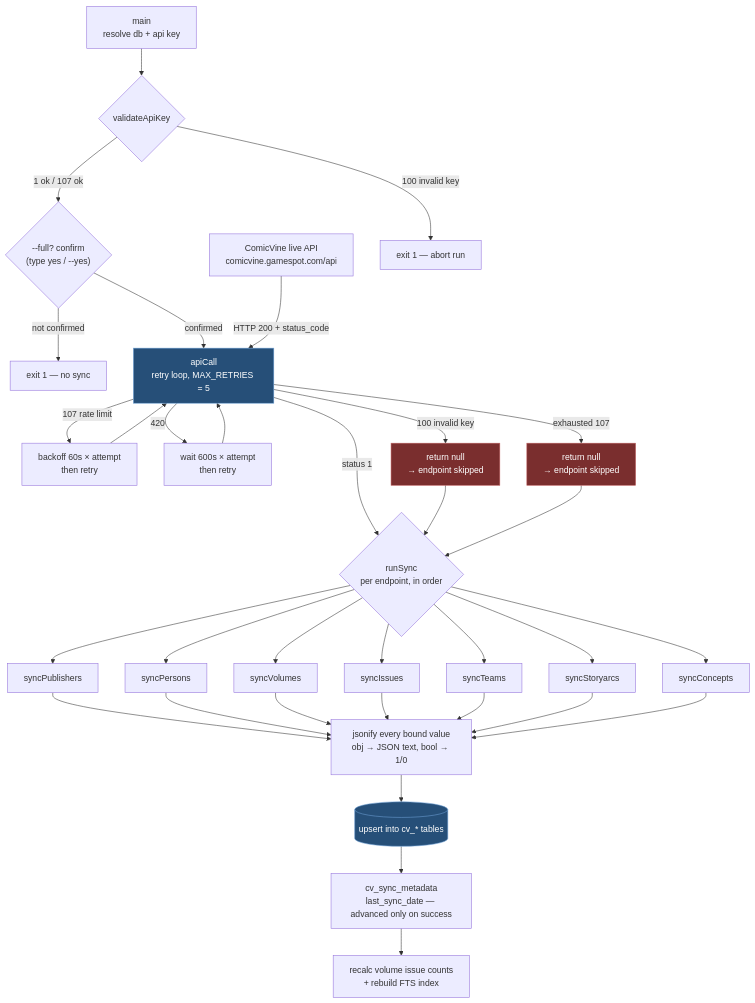
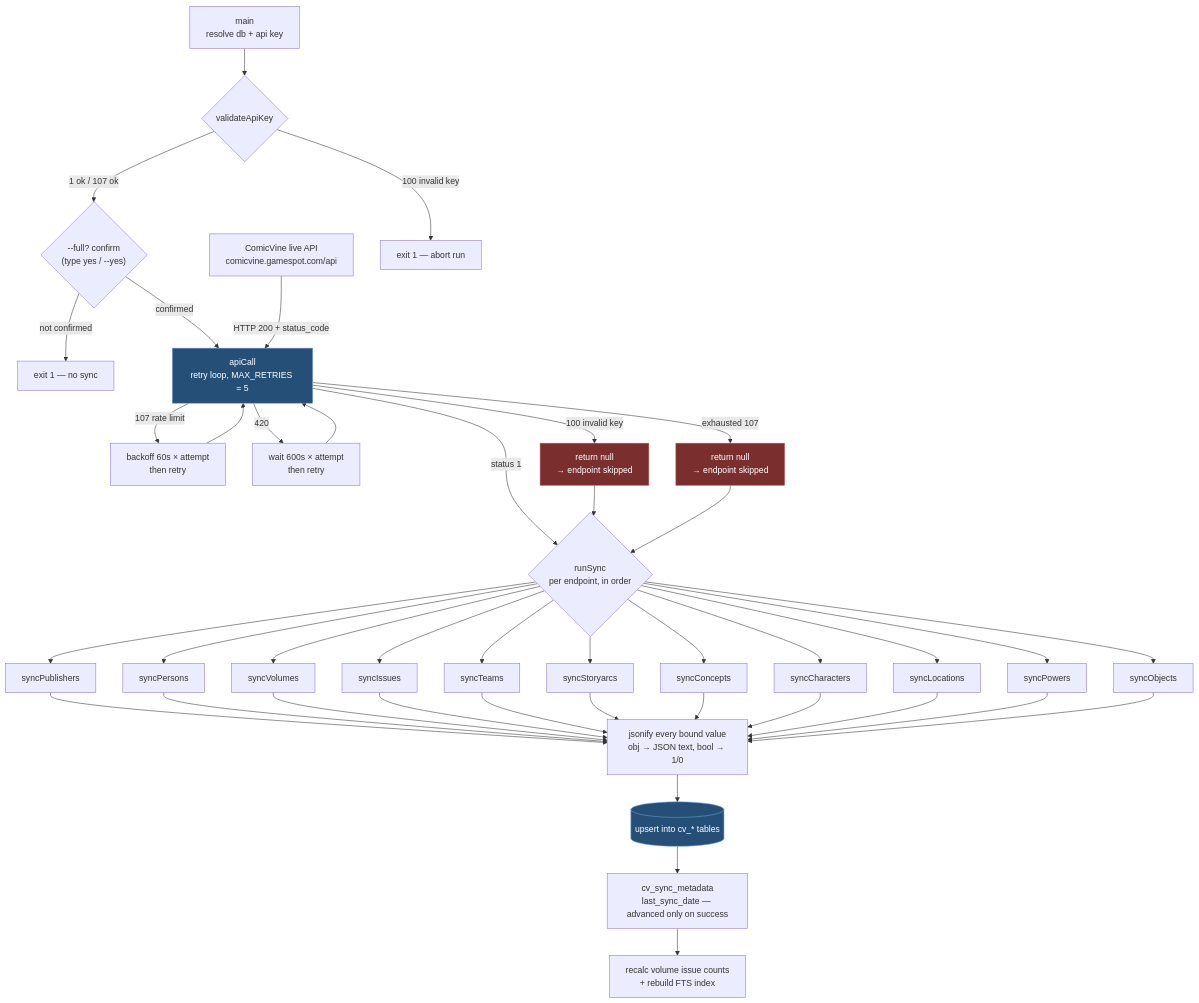
Before and after one commit to javabits-github/local-comicvine-api: the second of 3 diagrams in docs/architecture.md, drawn with Mermaid. The commit also changed other lines of this file and 2 other files, not shown here.

Commit message:
docs: refresh architecture to final schema; move dev-notes diary to docs/dev-notes.md

````diff
--- a/docs/architecture.md
+++ b/docs/architecture.md
@@ -58,44 +62,48 @@
 ```mermaid
 flowchart TB
     CV[ComicVine live API<br/>comicvine.gamespot.com/api]
     START[main<br/>resolve db + api key]
     VAL{validateApiKey}
     FULL{"--full? confirm<br/>(type yes / --yes)"}
 
     START --> VAL
     VAL -->|100 invalid key| EXIT1[exit 1 — abort run]
     VAL -->|1 ok / 107 ok| FULL
     FULL -->|not confirmed| EXIT2[exit 1 — no sync]
     FULL -->|confirmed| AC
 
     CV -->|HTTP 200 + status_code| AC[apiCall<br/>retry loop, MAX_RETRIES = 5]
     AC -->|107 rate limit| W[backoff 60s × attempt<br/>then retry]
     W --> AC
     AC -->|420| W4[wait 600s × attempt<br/>then retry]
     W4 --> AC
     AC -->|100 invalid key| N1[return null<br/>→ endpoint skipped]
     AC -->|exhausted 107| N2[return null<br/>→ endpoint skipped]
     AC -->|status 1| SYNC
 
     SYNC{"runSync<br/>per endpoint, in order"}
     N1 --> SYNC
     N2 --> SYNC
 
     SYNC --> SP[syncPublishers]
     SYNC --> SP2[syncPersons]
     SYNC --> SV[syncVolumes]
     SYNC --> SI[syncIssues]
     SYNC --> ST[syncTeams]
     SYNC --> SA[syncStoryarcs]
     SYNC --> SC[syncConcepts]
+    SYNC --> SCH[syncCharacters]
+    SYNC --> SL[syncLocations]
+    SYNC --> SPOW[syncPowers]
+    SYNC --> SOBJ[syncObjects]
 
-    SP & SP2 & SV & SI & ST & SA & SC --> J["jsonify every bound value<br/>obj → JSON text, bool → 1/0"]
+    SP & SP2 & SV & SI & ST & SA & SC & SCH & SL & SPOW & SOBJ --> J["jsonify every bound value<br/>obj → JSON text, bool → 1/0"]
     J --> U[(upsert into cv_* tables)]
     U --> M[cv_sync_metadata<br/>last_sync_date — advanced only on success]
     M --> POST[recalc volume issue counts<br/>+ rebuild FTS index]
 
     style AC fill:#264f78,stroke:#6ea1d6,color:#fff
     style U fill:#264f78,stroke:#6ea1d6,color:#fff
     style N1 fill:#7a2e2e,stroke:#c06060,color:#fff
     style N2 fill:#7a2e2e,stroke:#c06060,color:#fff
 ```
````
